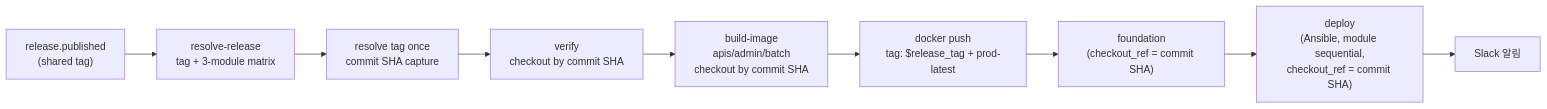
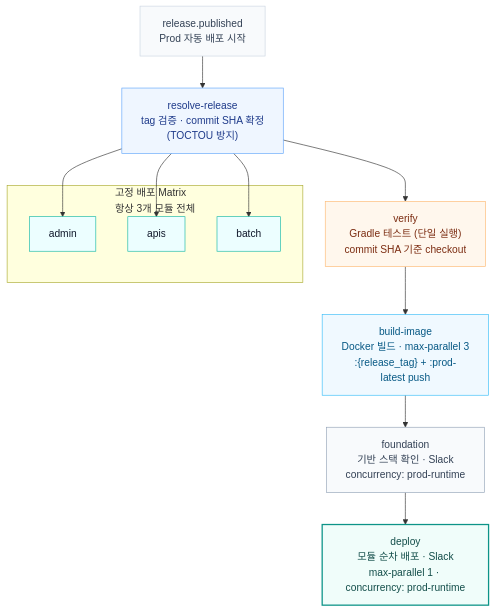
Before and after one commit to TEAM-BEAT/BEAT-SERVER: the seventh of 14 diagrams in infra/README.md, drawn with Mermaid. The commit also changed other lines of this file, not shown here.

Commit message:
docs: README.md 다이어그램 구체화

````diff
--- a/infra/README.md
+++ b/infra/README.md
@@ -479,11 +574,35 @@
 ```mermaid
-flowchart LR
-    A["release.published<br/>(shared tag)"] --> B["resolve-release<br/>tag + 3-module matrix"]
-    B --> C["resolve tag once<br/>commit SHA capture"]
-    C --> D["verify<br/>checkout by commit SHA"]
-    D --> E["build-image<br/>apis/admin/batch<br/>checkout by commit SHA"]
-    E --> F["docker push<br/>tag: $release_tag + prod-latest"]
-    F --> G["foundation<br/>(checkout_ref = commit SHA)"]
-    G --> H["deploy<br/>(Ansible, module sequential,<br/>checkout_ref = commit SHA)"]
-    H --> I["Slack 알림"]
+flowchart TB
+    Trigger["release.published<br/>Prod 자동 배포 시작"]:::event
+
+    Resolve["resolve-release<br/>tag 검증 · commit SHA 확정<br/>(TOCTOU 방지)"]:::step
+
+    subgraph FIXED["고정 배포 Matrix<br/>항상 3개 모듈 전체"]
+        Admin["admin"]:::matrix
+        APIs["apis"]:::matrix
+        Batch["batch"]:::matrix
+    end
+
+    Verify["verify<br/>Gradle 테스트 (단일 실행)<br/>commit SHA 기준 checkout"]:::verify
+
+    Build["build-image<br/>Docker 빌드 · max-parallel 3<br/>:{release_tag} + :prod-latest push"]:::build
+
+    Foundation["foundation<br/>기반 스택 확인 · Slack<br/>concurrency: prod-runtime"]:::infra
+
+    Deploy["deploy<br/>모듈 순차 배포 · Slack<br/>max-parallel 1 · concurrency: prod-runtime"]:::deploy
+
+    Trigger --> Resolve
+    Resolve --> Admin & APIs & Batch
+    Resolve --> Verify
+    Verify --> Build
+    Build --> Foundation
+    Foundation --> Deploy
+
+    classDef event fill:#F8FAFC,stroke:#CBD5E1,stroke-width:1px,color:#334155
+    classDef step fill:#EFF6FF,stroke:#60A5FA,stroke-width:1px,color:#1E3A8A
+    classDef matrix fill:#ECFEFF,stroke:#14B8A6,stroke-width:1px,color:#0F172A
+    classDef verify fill:#FFF7ED,stroke:#FDBA74,stroke-width:1px,color:#7C2D12
+    classDef build fill:#F0F9FF,stroke:#38BDF8,stroke-width:1px,color:#075985
+    classDef infra fill:#F8FAFC,stroke:#94A3B8,stroke-width:1px,color:#334155
+    classDef deploy fill:#F0FDFA,stroke:#0D9488,stroke-width:2px,color:#134E4A
 ```
````
